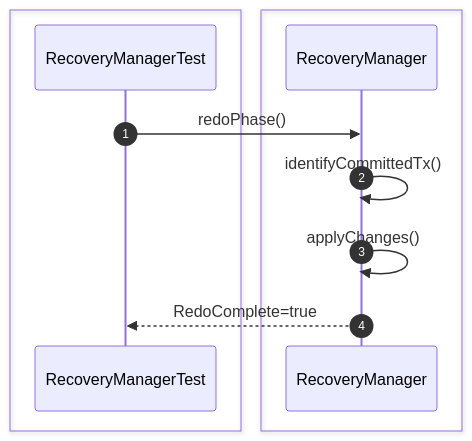
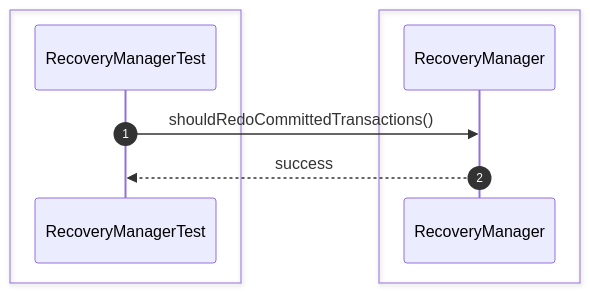
Diagram 16 of 28 in src/sequence/recovery.md (Huy1801214/dbms-architecture), drawn with Mermaid before and after one commit. The commit also changed other lines of this file and 68 other files, not shown here.

Commit message:
implement comprehensive unit test suite and architectural sequence documentation

````diff
--- a/src/sequence/recovery.md
+++ b/src/sequence/recovery.md
@@ -276,16 +233,13 @@
 ```mermaid
 sequenceDiagram
     autonumber
-
     box #e1f5fe Test Suite
     participant Test as RecoveryManagerTest
     end
-    box #ffebee Recovery Components
-    participant Recovery as RecoveryManager
+    box #ffebee RecoveryManager Component
+    participant RM as RecoveryManager
     end
 
-    Test->>Recovery: redoPhase()
-    Recovery->>Recovery: identifyCommittedTx()
-    Recovery->>Recovery: applyChanges()
-    Recovery-->>Test: RedoComplete=true
+    Test->>RM: shouldRedoCommittedTransactions()
+    RM-->>Test: success
 ```
````
